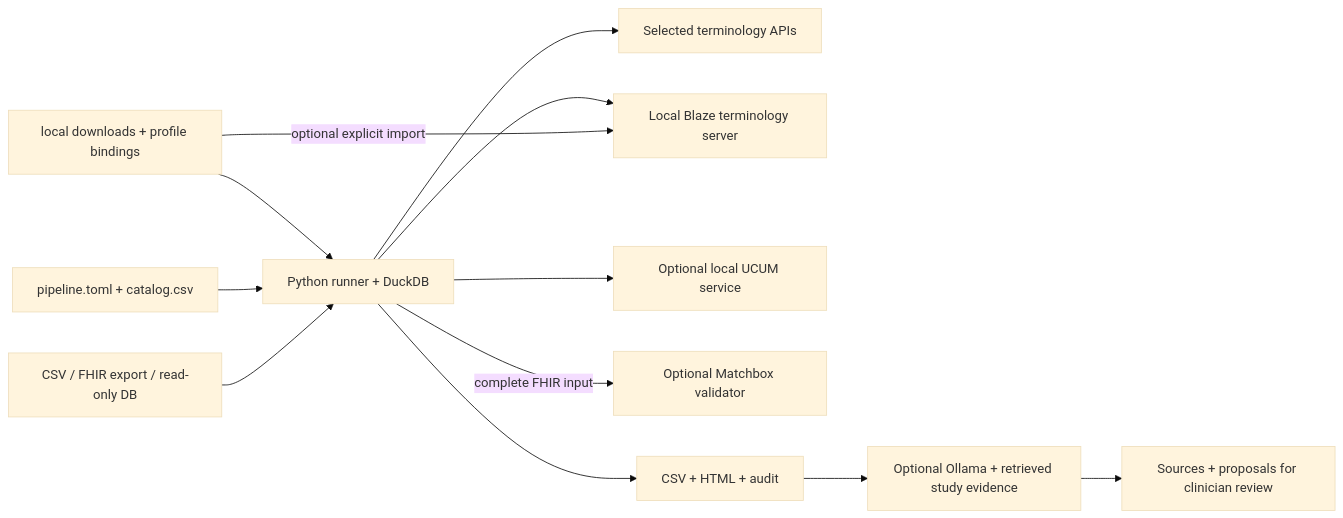
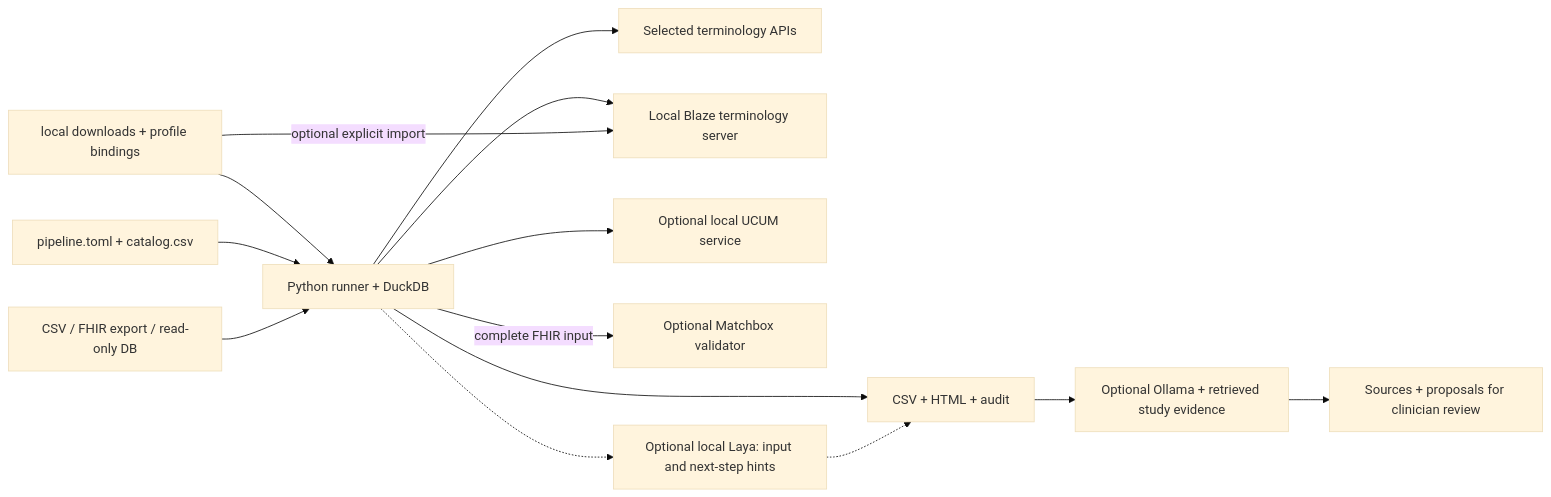
The first of 2 diagrams in README.md (neumdan/semantic-plausibility), drawn with Mermaid (base theme) before and after one commit. The commit also changed other lines of this file and 56 other files, not shown here.

````diff
--- a/README.md
+++ b/README.md
@@ -103,14 +127,16 @@
 ```mermaid
 flowchart LR
   IN[CSV / FHIR export / read-only DB] --> PY[Python runner + DuckDB]
   CFG[pipeline.toml + catalog.csv] --> PY
   FILES[local downloads + profile bindings] --> PY
   PY --> API[Selected terminology APIs]
   FILES -->|optional explicit import| TX[Local Blaze terminology server]
   PY --> TX
   PY --> U[Optional local UCUM service]
   PY -->|complete FHIR input| V[Optional Matchbox validator]
+  PY -.-> LAYA[Optional local Laya: input and next-step hints]
+  LAYA -.-> R
   PY --> R[CSV + HTML + audit]
   R --> AI[Optional Ollama + retrieved study evidence]
   AI --> REVIEW[Sources + proposals for clinician review]
 ```
````
